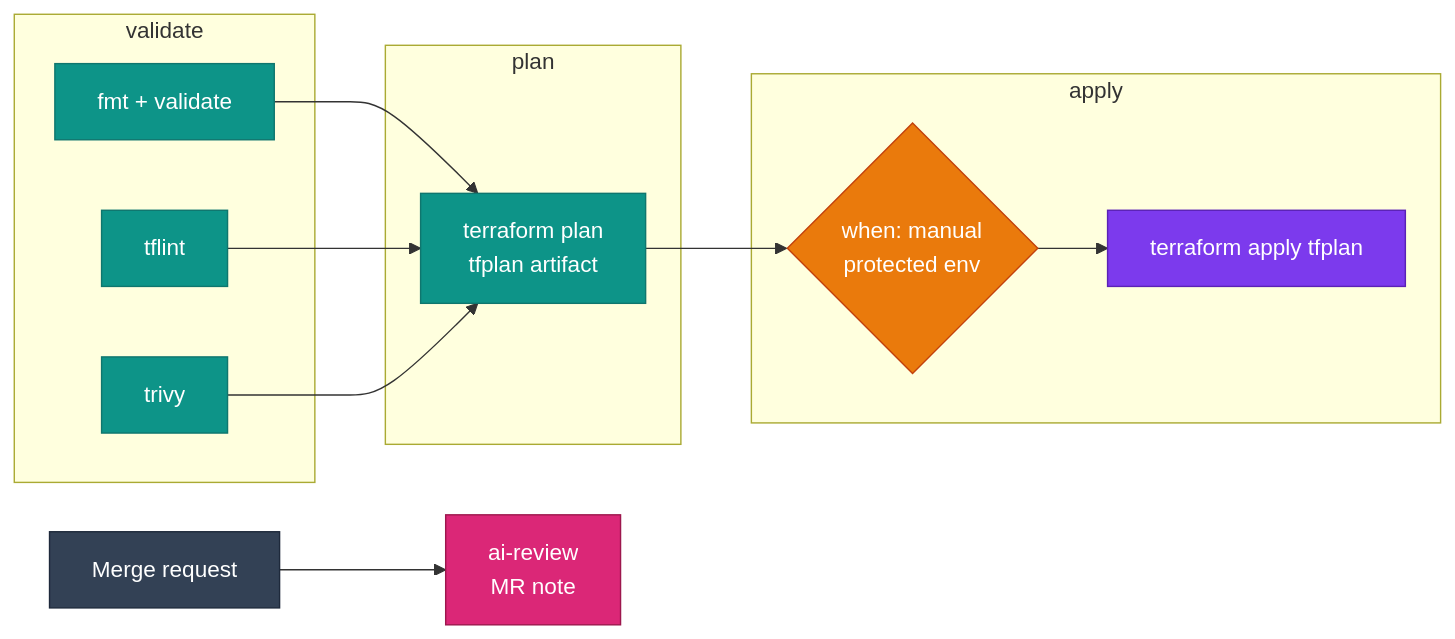
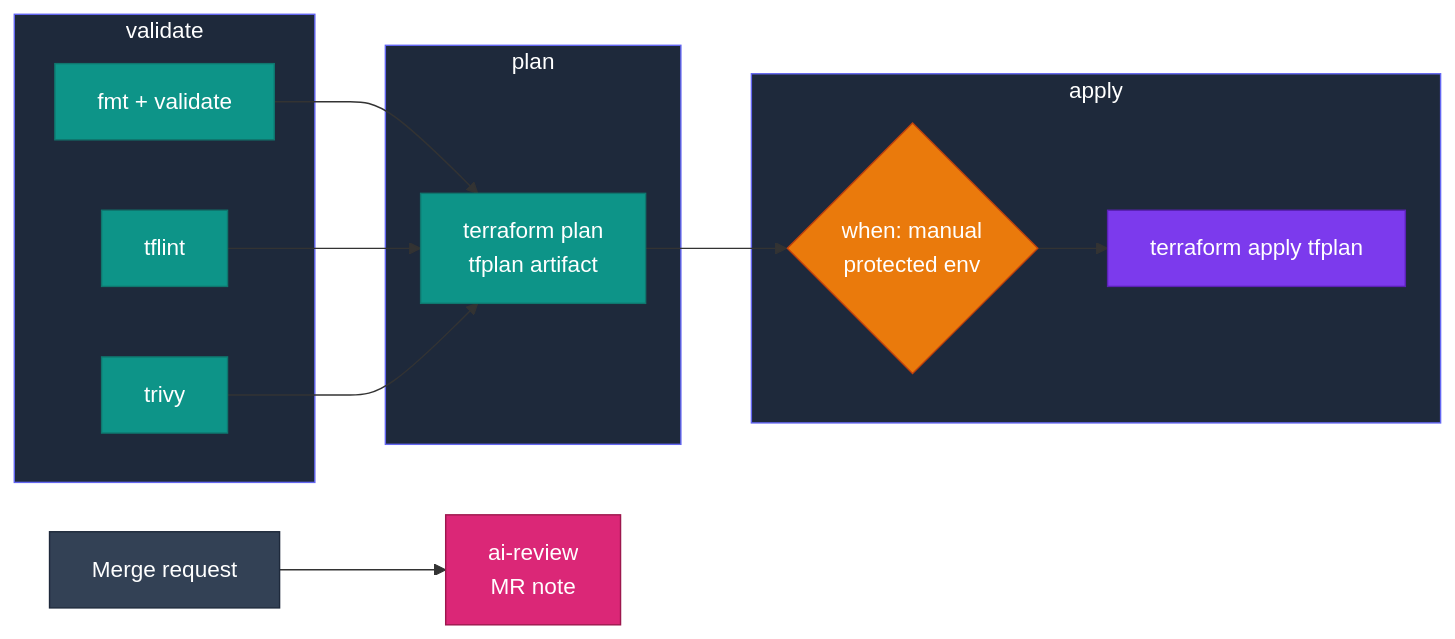
Before and after one commit to jinalshah/devops-images: the diagram in docs/workflows/ci-cd-gitlab.md, drawn with Mermaid. The commit also changed 6 other files, not shown here.

First line of the commit message:
Finish docs accuracy and visual pass; make diagrams readable

````diff
--- a/docs/workflows/ci-cd-gitlab.md
+++ b/docs/workflows/ci-cd-gitlab.md
@@ -7,28 +7,31 @@
 ```mermaid
 flowchart LR
   subgraph validate
     FMT["fmt + validate"]
     LINT["tflint"]
     SCAN["trivy"]
   end
   subgraph plan
     PLAN["terraform plan<br/>tfplan artifact"]
   end
   subgraph apply
     GATE{"when: manual<br/>protected env"}
     APPLY["terraform apply tfplan"]
   end
   MR["Merge request"] --> AI["ai-review<br/>MR note"]
   FMT & LINT & SCAN --> PLAN --> GATE --> APPLY
 
   classDef base fill:#0d9488,stroke:#0f766e,color:#fff
   classDef ai fill:#db2777,stroke:#9d174d,color:#fff
   classDef aws fill:#ea7a0c,stroke:#c2410c,color:#fff
   classDef all fill:#7c3aed,stroke:#5b21b6,color:#fff
   classDef neutral fill:#334155,stroke:#1e293b,color:#fff
   class FMT,LINT,SCAN,PLAN base
   class AI ai
   class GATE aws
   class APPLY all
   class MR neutral
+  style validate fill:#1e293b,stroke:#6366f1,color:#fff
+  style plan fill:#1e293b,stroke:#6366f1,color:#fff
+  style apply fill:#1e293b,stroke:#6366f1,color:#fff
 ```
````
